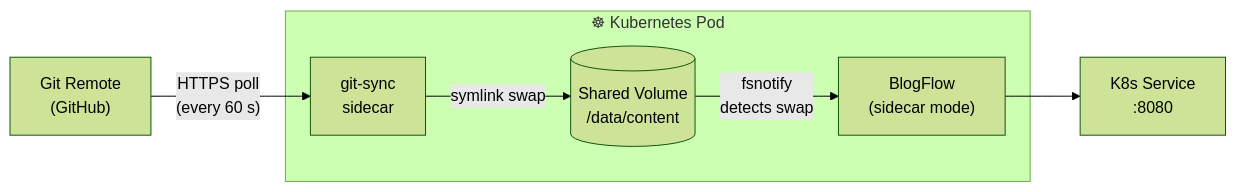
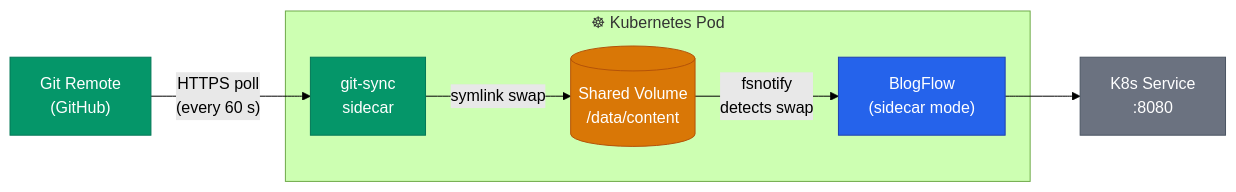
The third of 8 diagrams in docs/deployment-guide.md (khaines/blogflow), drawn with Mermaid (forest theme) before and after one commit. The commit also changed other lines of this file and 1 other file, not shown here.

Commit message:
docs: apply consistent Mermaid theme to user-facing diagrams

````diff
--- a/docs/deployment-guide.md
+++ b/docs/deployment-guide.md
@@ -122,11 +130,16 @@
 ```mermaid
 graph LR
-    Git["Git Remote\n(GitHub)"] -- "HTTPS poll\n(every 60 s)" --> GS
+    classDef primary fill:#2563eb,stroke:#1e40af,color:#fff
+    classDef external fill:#059669,stroke:#047857,color:#fff
+    classDef storage fill:#d97706,stroke:#b45309,color:#fff
+    classDef muted fill:#6b7280,stroke:#4b5563,color:#fff
+
+    Git["Git Remote<br/>(GitHub)"]:::external -- "HTTPS poll<br/>(every 60 s)" --> GS
 
     subgraph Pod ["☸ Kubernetes Pod"]
-        GS["git-sync\nsidecar"] -- "symlink swap" --> Vol[("Shared Volume\n/data/content")]
-        Vol -- "fsnotify\ndetects swap" --> BF["BlogFlow\n(sidecar mode)"]
+        GS["git-sync<br/>sidecar"]:::external -- "symlink swap" --> Vol[("Shared Volume<br/>/data/content")]:::storage
+        Vol -- "fsnotify<br/>detects swap" --> BF["BlogFlow<br/>(sidecar mode)"]:::primary
     end
 
-    BF --> Svc["K8s Service\n:8080"]
+    BF --> Svc["K8s Service<br/>:8080"]:::muted
 ```
````
